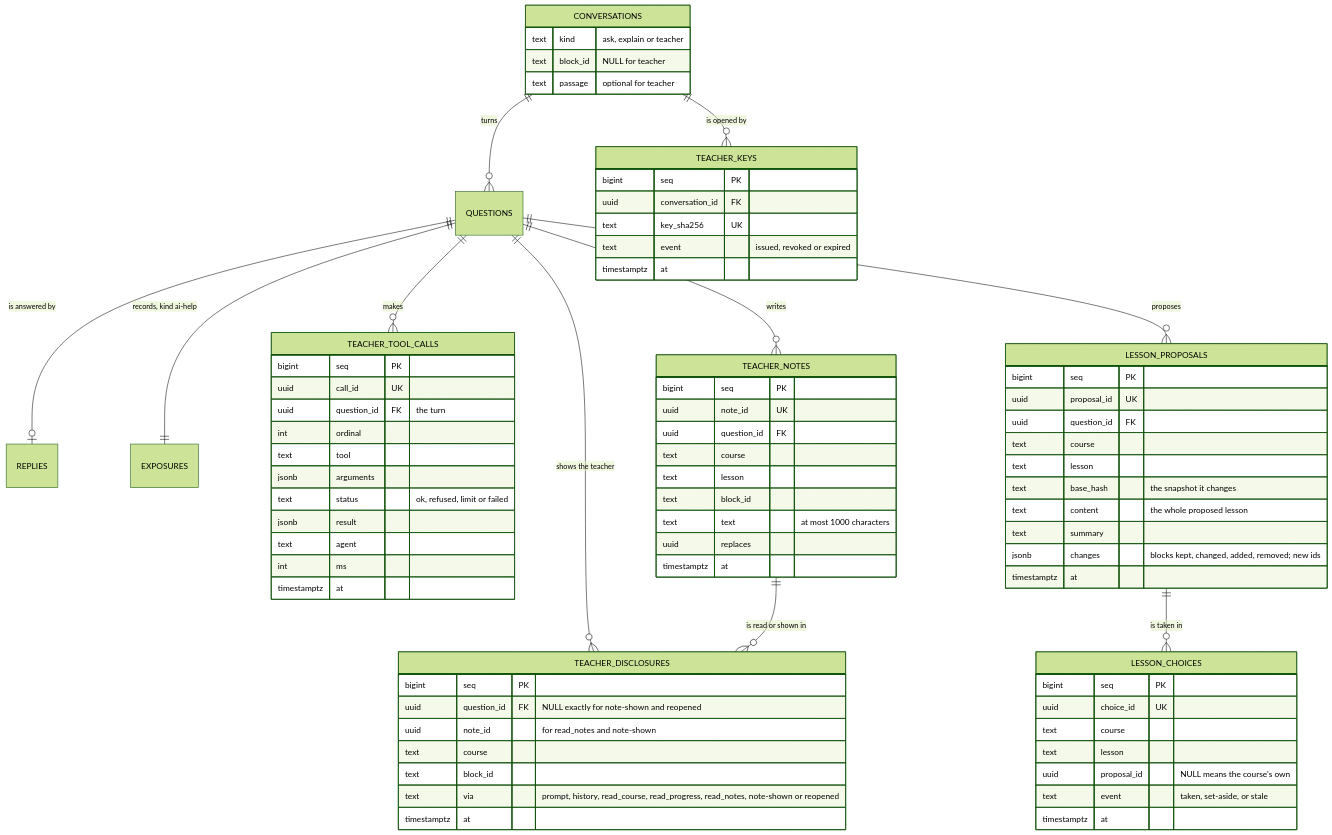
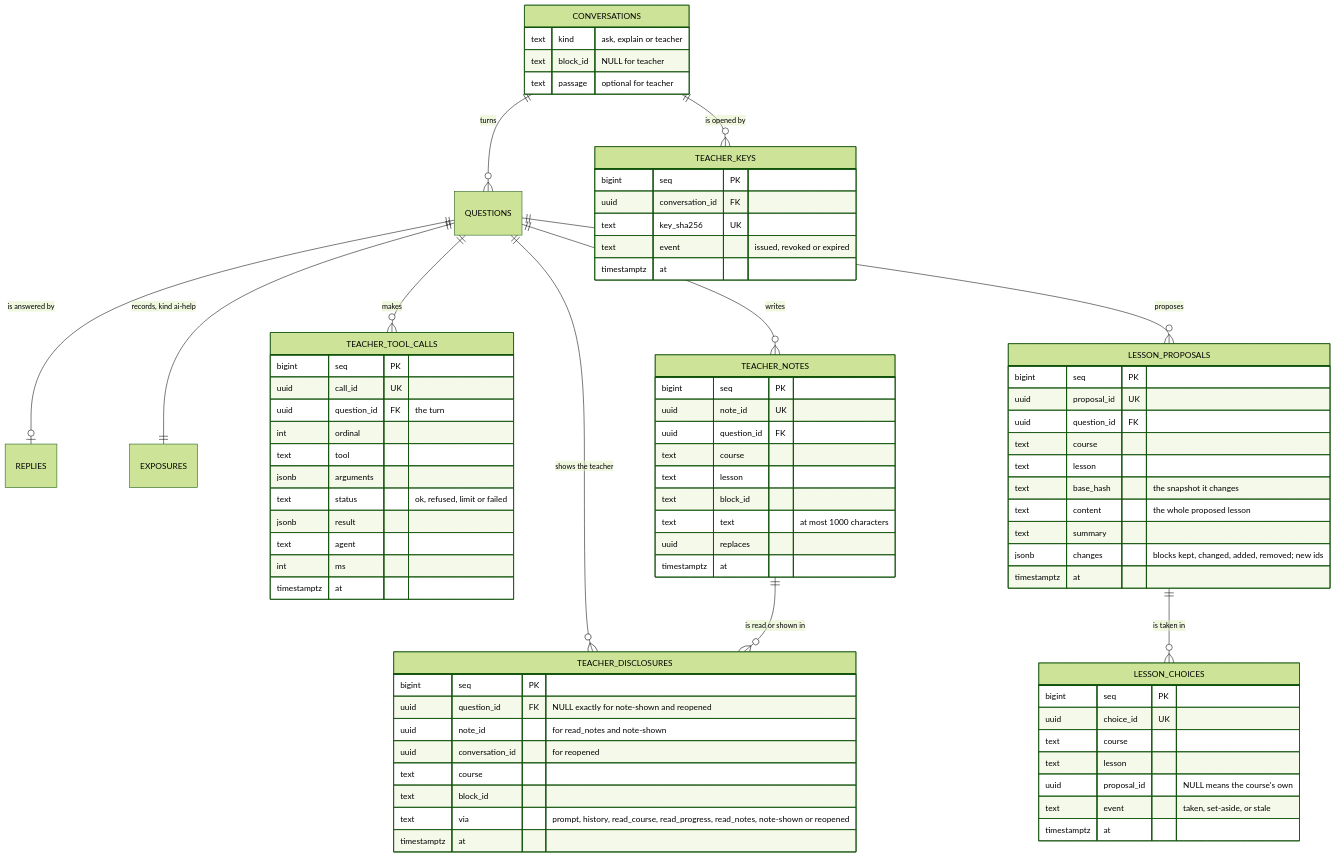
Before and after one commit to flyingrobots/school: the fourth of 5 diagrams in docs/rfc/0011-asking-the-teacher.md, drawn with Mermaid (forest theme). The commit also changed other lines of this file, not shown here.

````diff
--- a/docs/rfc/0011-asking-the-teacher.md
+++ b/docs/rfc/0011-asking-the-teacher.md
@@ -362,79 +362,80 @@
 ```mermaid
 erDiagram
     CONVERSATIONS ||--o{ QUESTIONS : "turns"
     QUESTIONS ||--o| REPLIES : "is answered by"
     QUESTIONS ||--|| EXPOSURES : "records, kind ai-help"
     CONVERSATIONS ||--o{ TEACHER_KEYS : "is opened by"
     QUESTIONS ||--o{ TEACHER_TOOL_CALLS : "makes"
     QUESTIONS ||--o{ TEACHER_DISCLOSURES : "shows the teacher"
     QUESTIONS ||--o{ TEACHER_NOTES : "writes"
     TEACHER_NOTES ||--o{ TEACHER_DISCLOSURES : "is read or shown in"
     QUESTIONS ||--o{ LESSON_PROPOSALS : "proposes"
     LESSON_PROPOSALS ||--o{ LESSON_CHOICES : "is taken in"
     CONVERSATIONS {
         text kind "ask, explain or teacher"
         text block_id "NULL for teacher"
         text passage "optional for teacher"
     }
     TEACHER_KEYS {
         bigint seq PK
         uuid conversation_id FK
         text key_sha256 UK
         text event "issued, revoked or expired"
         timestamptz at
     }
     TEACHER_TOOL_CALLS {
         bigint seq PK
         uuid call_id UK
         uuid question_id FK "the turn"
         int ordinal
         text tool
         jsonb arguments
         text status "ok, refused, limit or failed"
         jsonb result
         text agent
         int ms
         timestamptz at
     }
     TEACHER_DISCLOSURES {
         bigint seq PK
         uuid question_id FK "NULL exactly for note-shown and reopened"
         uuid note_id "for read_notes and note-shown"
+        uuid conversation_id "for reopened"
         text course
         text block_id
         text via "prompt, history, read_course, read_progress, read_notes, note-shown or reopened"
         timestamptz at
     }
     TEACHER_NOTES {
         bigint seq PK
         uuid note_id UK
         uuid question_id FK
         text course
         text lesson
         text block_id
         text text "at most 1000 characters"
         uuid replaces
         timestamptz at
     }
     LESSON_PROPOSALS {
         bigint seq PK
         uuid proposal_id UK
         uuid question_id FK
         text course
         text lesson
         text base_hash "the snapshot it changes"
         text content "the whole proposed lesson"
         text summary
         jsonb changes "blocks kept, changed, added, removed; new ids"
         timestamptz at
     }
     LESSON_CHOICES {
         bigint seq PK
         uuid choice_id UK
         text course
         text lesson
         uuid proposal_id "NULL means the course's own"
         text event "taken, set-aside, or stale"
         timestamptz at
     }
 ```
````
